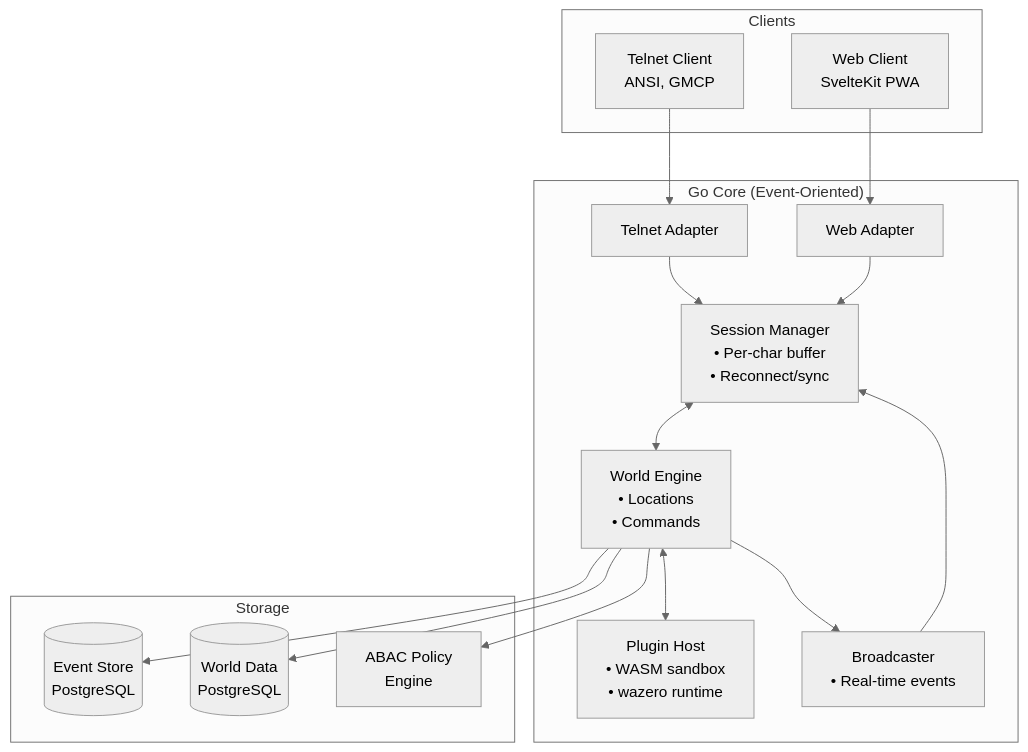
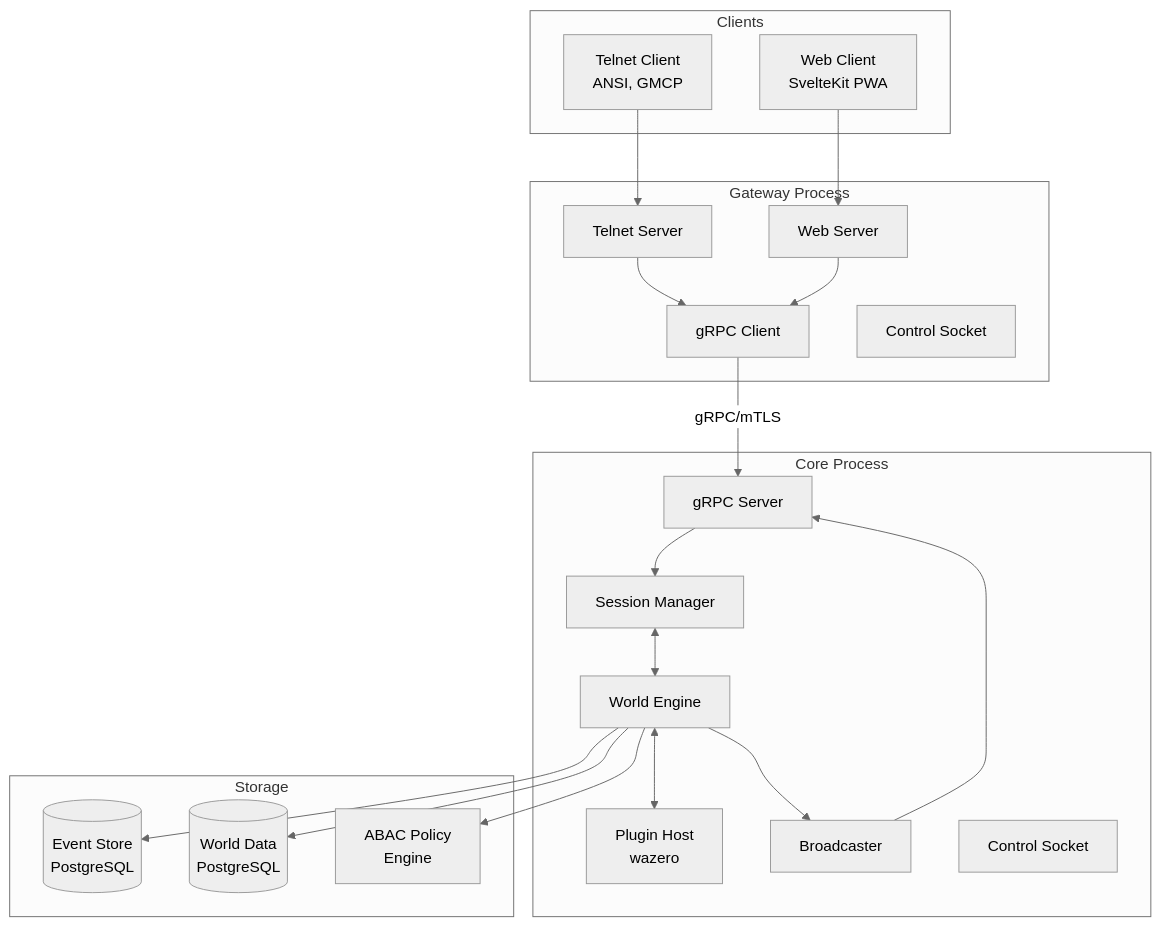
The first of 5 diagrams in docs/reference/architecture-overview.md (holomush/holomush), drawn with Mermaid (neutral theme) before and after one commit. The commit also changed other lines of this file and 2 other files, not shown here.

First line of the commit message:
docs: add Phase 1.5 architecture and CLI documentation

````diff
--- a/docs/reference/architecture-overview.md
+++ b/docs/reference/architecture-overview.md
@@ -19,34 +154,43 @@
 ```mermaid
 graph TB
     subgraph Clients
         T[Telnet Client<br/>ANSI, GMCP]
         W[Web Client<br/>SvelteKit PWA]
     end
 
-    subgraph Core["Go Core (Event-Oriented)"]
-        TA[Telnet Adapter]
-        WA[Web Adapter]
-        SM[Session Manager<br/>• Per-char buffer<br/>• Reconnect/sync]
-        WE[World Engine<br/>• Locations<br/>• Commands]
-        PH[Plugin Host<br/>• WASM sandbox<br/>• wazero runtime]
-        BC[Broadcaster<br/>• Real-time events]
+    subgraph Gateway["Gateway Process"]
+        TA[Telnet Server]
+        WA[Web Server]
+        GC[gRPC Client]
+        GCS[Control Socket]
+    end
+
+    subgraph Core["Core Process"]
+        GS[gRPC Server]
+        SM[Session Manager]
+        WE[World Engine]
+        PH[Plugin Host<br/>wazero]
+        BC[Broadcaster]
+        CCS[Control Socket]
     end
 
     subgraph Storage
         ES[(Event Store<br/>PostgreSQL)]
         WD[(World Data<br/>PostgreSQL)]
         ABAC[ABAC Policy<br/>Engine]
     end
 
     T --> TA
     W --> WA
-    TA --> SM
-    WA --> SM
+    TA --> GC
+    WA --> GC
+    GC -->|gRPC/mTLS| GS
+    GS --> SM
     SM <--> WE
     WE <--> PH
     WE --> BC
-    BC --> SM
+    BC --> GS
     WE --> ES
     WE --> WD
     WE --> ABAC
 ```
````
